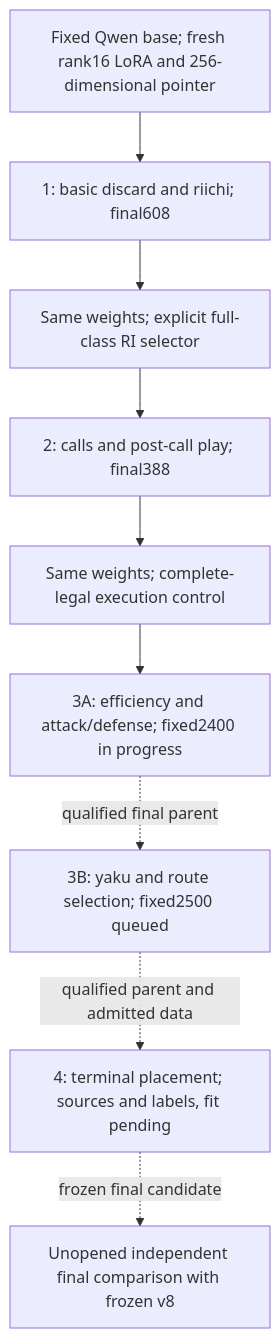
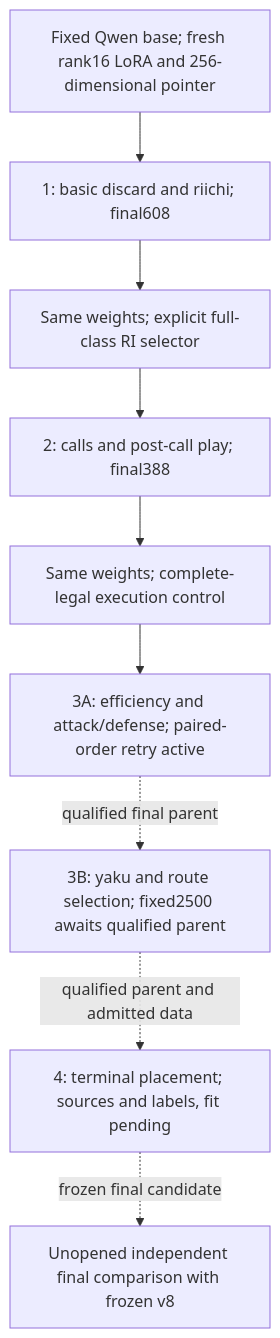
One commit to YokyYao/JevMajhong changed the diagram in reproduction/CURRICULUM_ROUTE.md. Above: the diagram before and after it, drawn with Mermaid. The commit also changed other lines of this file and 2 other files, not shown here.

````diff
--- a/reproduction/CURRICULUM_ROUTE.md
+++ b/reproduction/CURRICULUM_ROUTE.md
@@ -19,16 +21,16 @@
 ```mermaid
 flowchart TD
     A[Fixed Qwen base; fresh rank16 LoRA and 256-dimensional pointer]
     B[1: basic discard and riichi; final608]
     C[Same weights; explicit full-class RI selector]
     D[2: calls and post-call play; final388]
     E[Same weights; complete-legal execution control]
-    F[3A: efficiency and attack/defense; fixed2400 in progress]
-    G[3B: yaku and route selection; fixed2500 queued]
+    F[3A: efficiency and attack/defense; paired-order retry active]
+    G[3B: yaku and route selection; fixed2500 awaits qualified parent]
     H[4: terminal placement; sources and labels, fit pending]
     I[Unopened independent final comparison with frozen v8]
     A --> B --> C --> D --> E --> F
     F -. qualified final parent .-> G
     G -. qualified parent and admitted data .-> H
     H -. frozen final candidate .-> I
 ```
````
